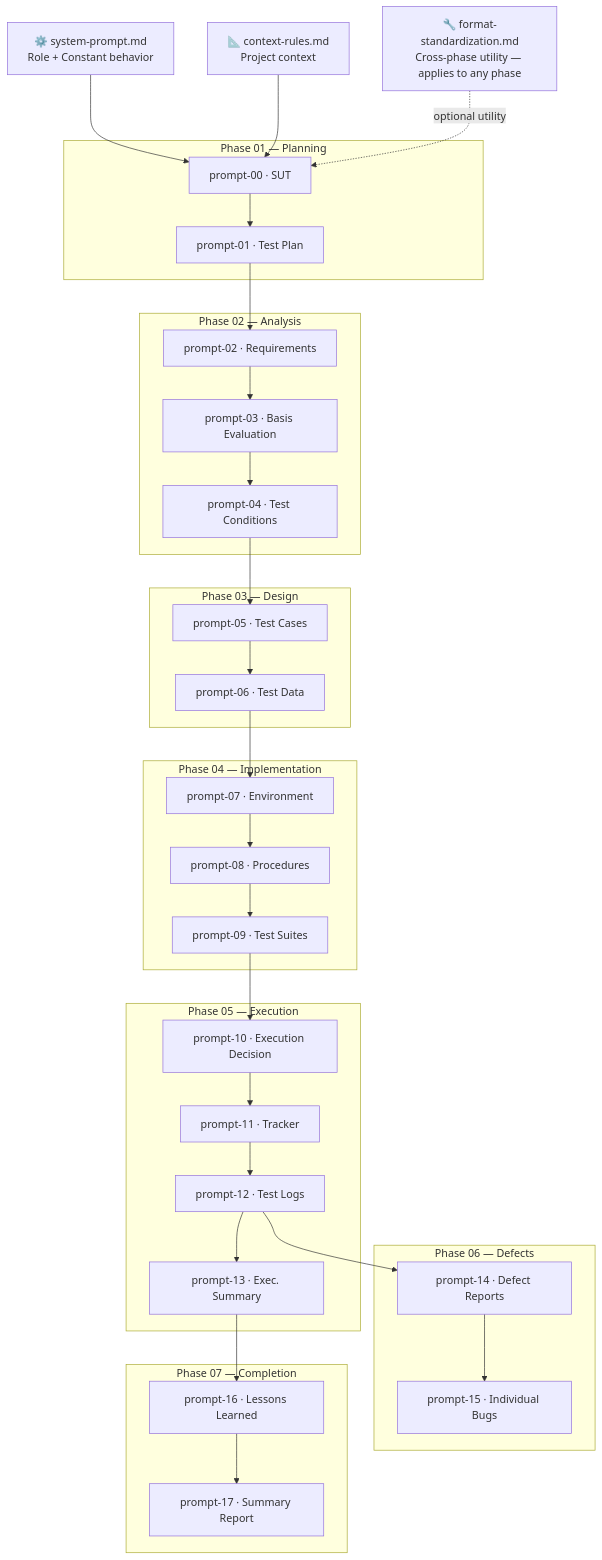
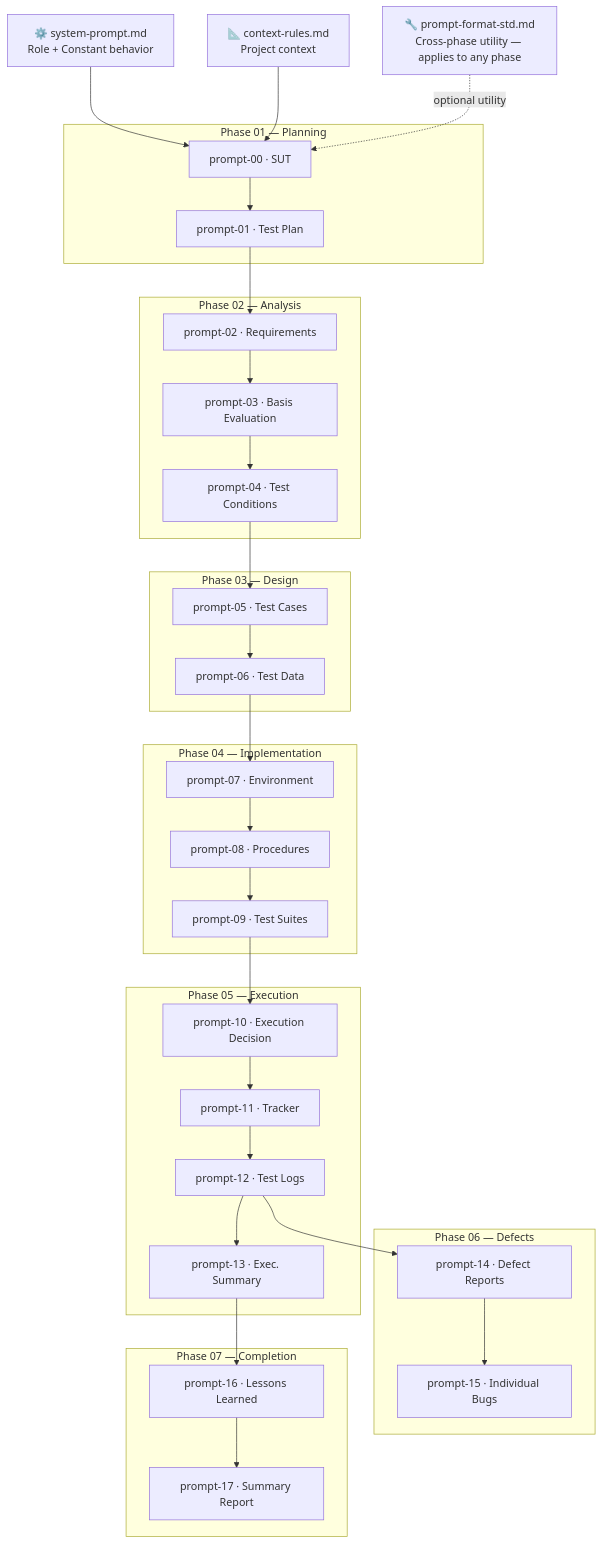
Before and after one commit to LuisAdonais/istqb-manual-qa-ecommerce: the diagram in 08-genai-test-acceleration/README.md, drawn with Mermaid. The commit also changed 4 other files, not shown here.

First line of the commit message:
fix: correct BUG-01 severity and prompt-format-std filename (EN)

````diff
--- a/08-genai-test-acceleration/README.md
+++ b/08-genai-test-acceleration/README.md
@@ -31,54 +31,54 @@
 ```mermaid
 flowchart TD
     SP["⚙️ system-prompt.md\nRole + Constant behavior"]
     CR["📐 context-rules.md\nProject context"]
-    FS["🔧 format-standardization.md\nCross-phase utility — applies to any phase"]
+    FS["🔧 prompt-format-std.md\nCross-phase utility — applies to any phase"]
 
     subgraph fase01["Phase 01 — Planning"]
         P00["prompt-00 · SUT"]
         P01["prompt-01 · Test Plan"]
     end
 
     subgraph fase02["Phase 02 — Analysis"]
         P02["prompt-02 · Requirements"]
         P03["prompt-03 · Basis Evaluation"]
         P04["prompt-04 · Test Conditions"]
     end
 
     subgraph fase03["Phase 03 — Design"]
         P05["prompt-05 · Test Cases"]
         P06["prompt-06 · Test Data"]
     end
 
     subgraph fase04["Phase 04 — Implementation"]
         P07["prompt-07 · Environment"]
         P08["prompt-08 · Procedures"]
         P09["prompt-09 · Test Suites"]
     end
 
     subgraph fase05["Phase 05 — Execution"]
         P10["prompt-10 · Execution Decision"]
         P11["prompt-11 · Tracker"]
         P12["prompt-12 · Test Logs"]
         P13["prompt-13 · Exec. Summary"]
     end
 
     subgraph fase06["Phase 06 — Defects"]
         P14["prompt-14 · Defect Reports"]
         P15["prompt-15 · Individual Bugs"]
     end
 
     subgraph fase07["Phase 07 — Completion"]
         P16["prompt-16 · Lessons Learned"]
         P17["prompt-17 · Summary Report"]
     end
 
     SP --> P00
     CR --> P00
     FS -.->|optional utility| P00
     P00 --> P01 --> P02 --> P03 --> P04 --> P05 --> P06
     P06 --> P07 --> P08 --> P09 --> P10
     P10 --> P11 --> P12 --> P13
     P12 --> P14 --> P15
     P13 --> P16 --> P17
 ```
````
